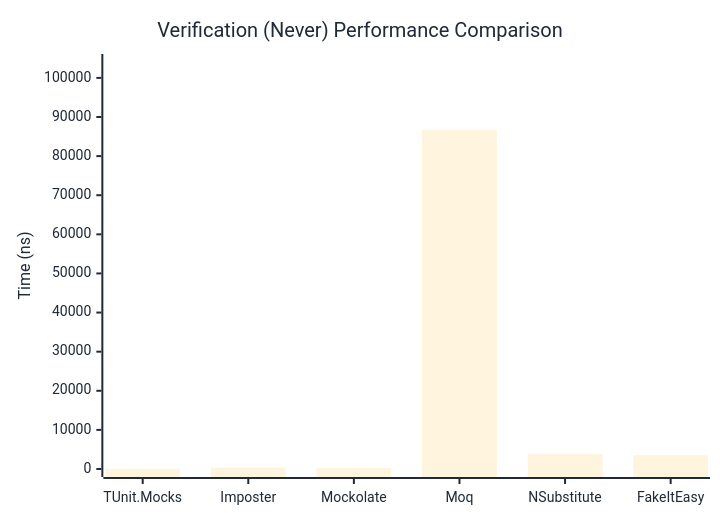
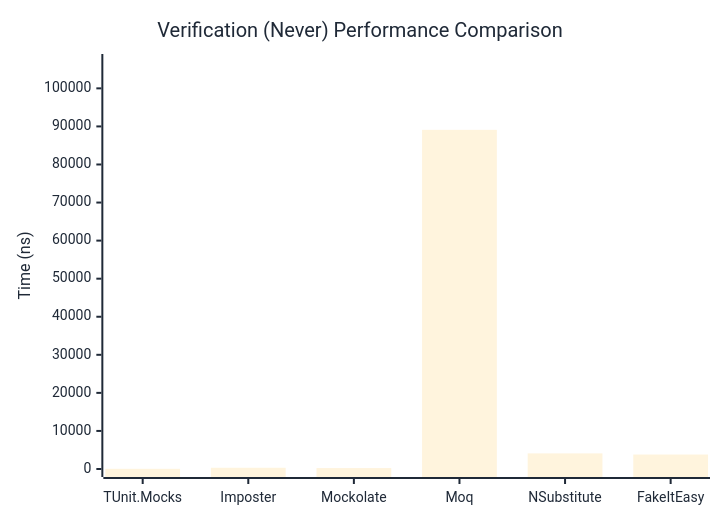
The second of 3 diagrams in docs/docs/benchmarks/mocks/Verification.md (thomhurst/TUnit), drawn with Mermaid before and after one commit. The commit also changed other lines of this file and 14 other files, not shown here.

````diff
--- a/docs/docs/benchmarks/mocks/Verification.md
+++ b/docs/docs/benchmarks/mocks/Verification.md
@@ -71,27 +71,27 @@
 ```mermaid
 %%{init: {
   'theme':'base',
   'themeVariables': {
     'primaryColor': '#2563eb',
     'primaryTextColor': '#1f2937',
     'primaryBorderColor': '#1e40af',
     'lineColor': '#6b7280',
     'secondaryColor': '#7c3aed',
     'tertiaryColor': '#dc2626',
     'background': '#ffffff',
     'pie1': '#2563eb',
     'pie2': '#7c3aed',
     'pie3': '#dc2626',
     'pie4': '#f59e0b',
     'pie5': '#10b981',
     'pie6': '#06b6d4',
     'pie7': '#ec4899',
     'pie8': '#6366f1'
   }
 }}%%
 xychart-beta
   title "Verification (Never) Performance Comparison"
   x-axis ["TUnit.Mocks", "Imposter", "Mockolate", "Moq", "NSubstitute", "FakeItEasy"]
-  y-axis "Time (ns)" 0 --> 104063
-  bar [50.64, 329.91, 238.66, 86718.89, 3761.79, 3579.36]
+  y-axis "Time (ns)" 0 --> 106924
+  bar [50.73, 322.83, 245.56, 89102.83, 4100.62, 3802.84]
 ```
````
